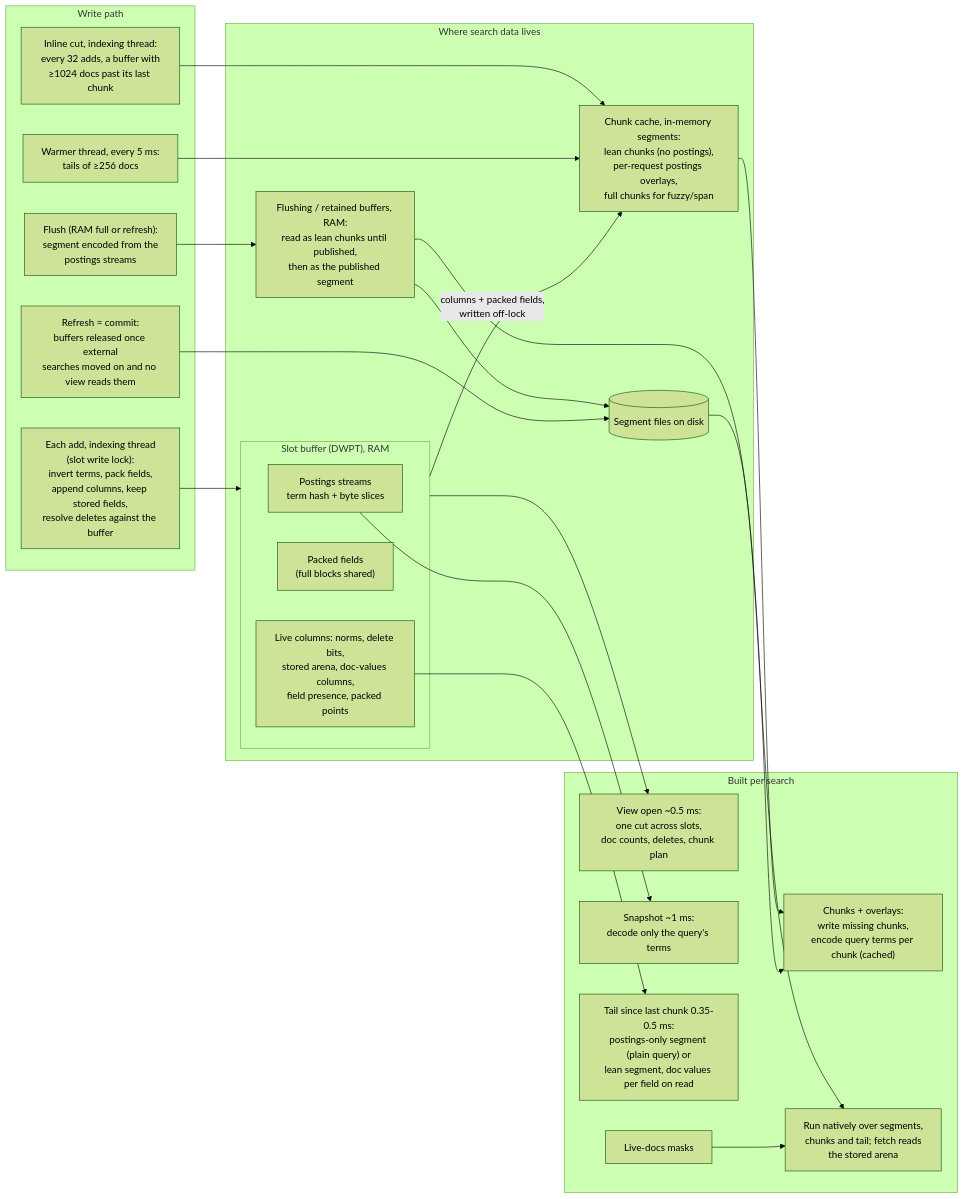
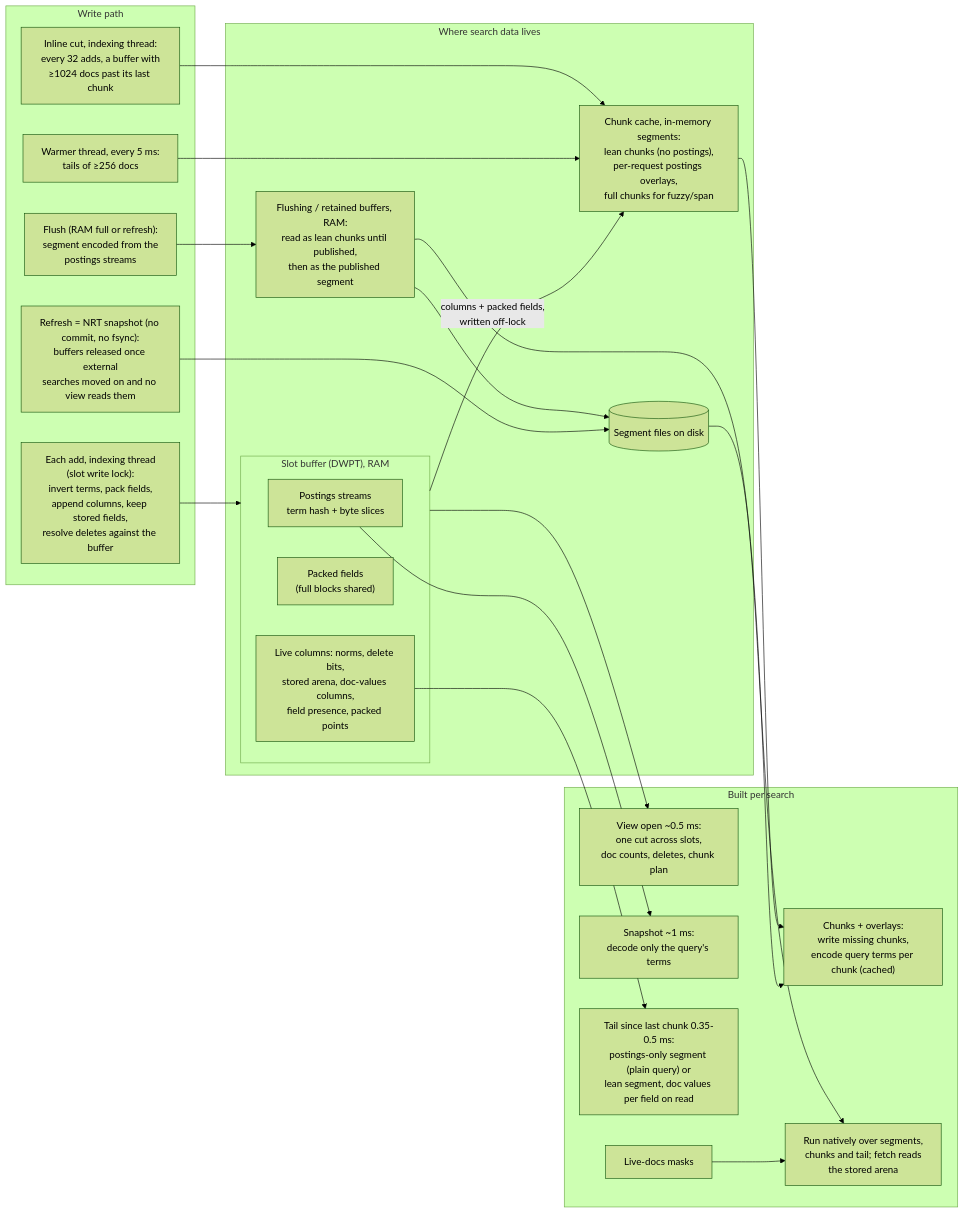
Before and after one commit to huyz0/lucene-rust: the diagram in docs/realtime-search.md, drawn with Mermaid (forest theme). The commit also changed other lines of this file and 11 other files, not shown here.

First line of the commit message:
perf(realtime): refresh with an NRT snapshot instead of a commit

````diff
--- a/docs/realtime-search.md
+++ b/docs/realtime-search.md
@@ -16,44 +16,44 @@
 ```mermaid
 flowchart LR
   subgraph W["Write path"]
     ADD["Each add, indexing thread<br/>(slot write lock):<br/>invert terms, pack fields,<br/>append columns, keep stored fields,<br/>resolve deletes against the buffer"]
     CUT["Inline cut, indexing thread:<br/>every 32 adds, a buffer with<br/>&ge;1024 docs past its last chunk"]
     WARM["Warmer thread, every 5 ms:<br/>tails of &ge;256 docs"]
     FLUSH["Flush (RAM full or refresh):<br/>segment encoded from the<br/>postings streams"]
-    REFRESH["Refresh = commit:<br/>buffers released once external<br/>searches moved on and no view reads them"]
+    REFRESH["Refresh = NRT snapshot (no commit, no fsync):<br/>buffers released once external<br/>searches moved on and no view reads them"]
   end
 
   subgraph D["Where search data lives"]
     subgraph BUF["Slot buffer (DWPT), RAM"]
       PP["Postings streams<br/>term hash + byte slices"]
       PF["Packed fields<br/>(full blocks shared)"]
       LC["Live columns: norms, delete bits,<br/>stored arena, doc-values columns,<br/>field presence, packed points"]
     end
     CH["Chunk cache, in-memory segments:<br/>lean chunks (no postings),<br/>per-request postings overlays,<br/>full chunks for fuzzy/span"]
     FB["Flushing / retained buffers, RAM:<br/>read as lean chunks until published,<br/>then as the published segment"]
     SEG[("Segment files on disk")]
   end
 
   subgraph S["Built per search"]
     VO["View open ~0.5 ms:<br/>one cut across slots,<br/>doc counts, deletes, chunk plan"]
     SN["Snapshot ~1 ms:<br/>decode only the query's terms"]
     TAIL["Tail since last chunk 0.35-0.5 ms:<br/>postings-only segment (plain query) or<br/>lean segment, doc values per field on read"]
     OV["Chunks + overlays:<br/>write missing chunks,<br/>encode query terms per chunk (cached)"]
     MASK["Live-docs masks"]
     RUN["Run natively over segments,<br/>chunks and tail; fetch reads<br/>the stored arena"]
   end
 
   ADD --> BUF
   CUT --> CH
   WARM --> CH
   BUF -- "columns + packed fields,<br/>written off-lock" --> CH
   FLUSH --> FB --> SEG
   REFRESH --> SEG
   BUF --> VO
   PP --> SN
   LC --> TAIL
   CH --> OV
   FB --> OV
   SEG --> RUN
   MASK --> RUN
 ```
````
